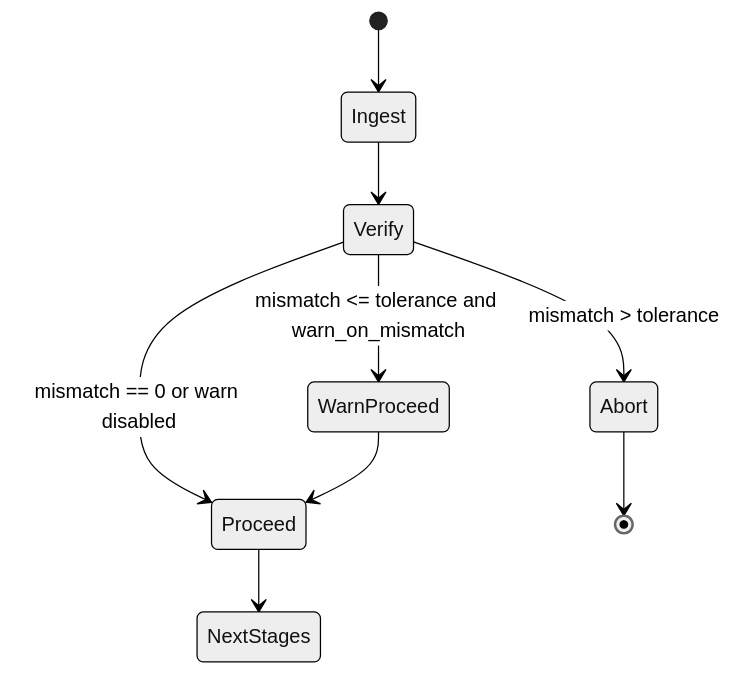
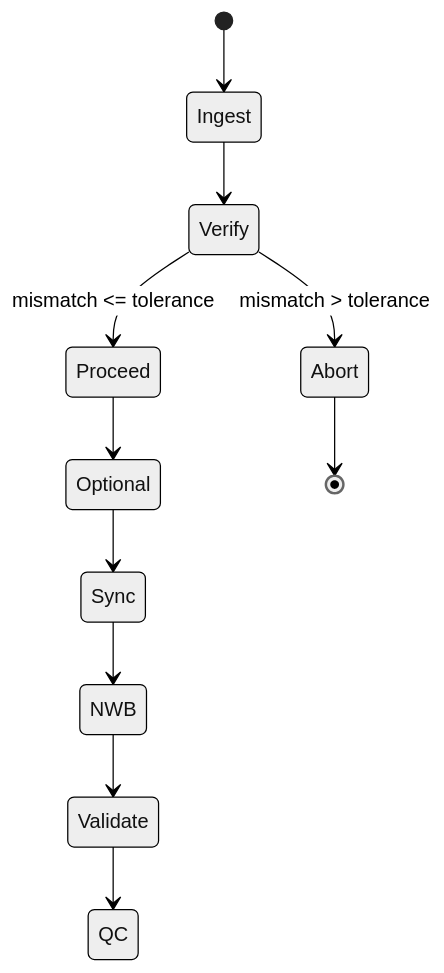
One commit to BorjaEst/w2t-bkin changed the second of 3 diagrams in design.md. Above: the diagram before and after it, drawn with Mermaid (neutral theme). The commit also changed other lines of this file and 1 other file, not shown here.

````diff
--- a/design.md
+++ b/design.md
@@ -242,11 +138,13 @@
 ```mermaid
 stateDiagram
   [*] --> Ingest
   Ingest --> Verify
   Verify --> Abort: mismatch > tolerance
-  Verify --> WarnProceed: mismatch <= tolerance and warn_on_mismatch
-  Verify --> Proceed: mismatch == 0 or warn disabled
-  WarnProceed --> Proceed
-  Proceed --> NextStages
+  Verify --> Proceed: mismatch <= tolerance
+  Proceed --> Optional
+  Optional --> Sync
+  Sync --> NWB
+  NWB --> Validate
+  Validate --> QC
   Abort --> [*]
 ```
````
